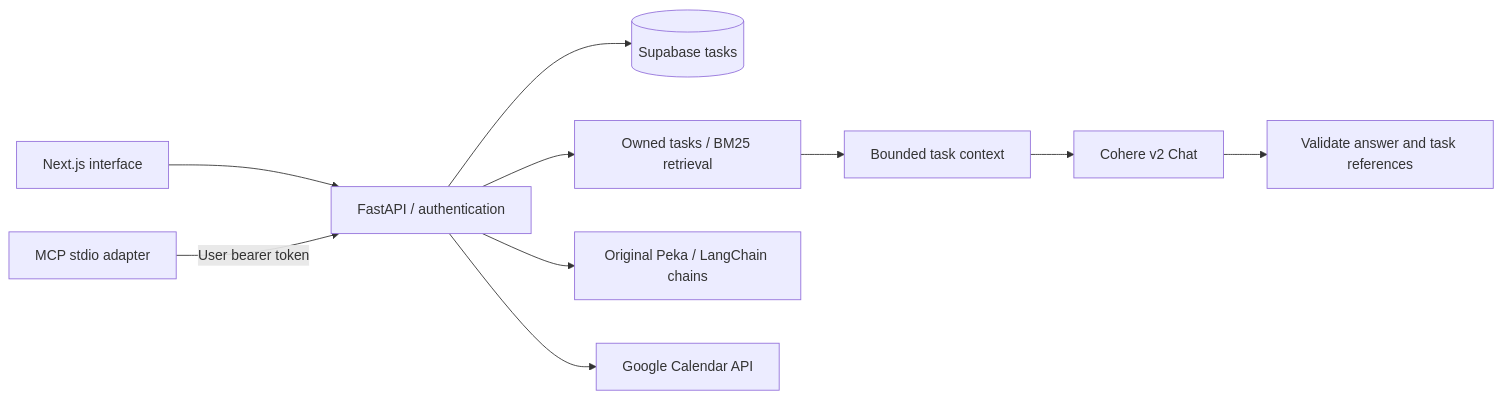
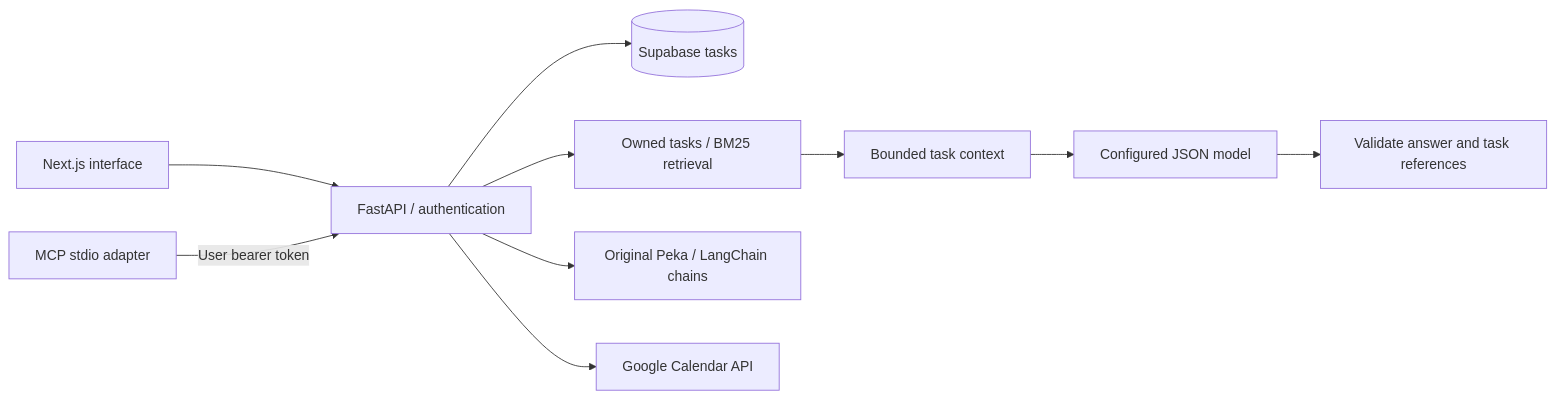
Before and after one commit to JeffreyYeet1/cop: the diagram in docs/architecture.md, drawn with Mermaid. The commit also changed other lines of this file and 4 other files, not shown here.

````diff
--- a/docs/architecture.md
+++ b/docs/architecture.md
@@ -7,12 +7,12 @@
 ```mermaid
 flowchart LR
     UI[Next.js interface] --> API[FastAPI / authentication]
     MCP[MCP stdio adapter] -->|User bearer token| API
     API --> DB[(Supabase tasks)]
     API --> Retrieve[Owned tasks / BM25 retrieval]
     Retrieve --> Context[Bounded task context]
-    Context --> Generate[Cohere v2 Chat]
+    Context --> Generate[Configured JSON model]
     Generate --> Validate[Validate answer and task references]
     API --> Peka[Original Peka / LangChain chains]
     API --> Calendar[Google Calendar API]
 ```
````
